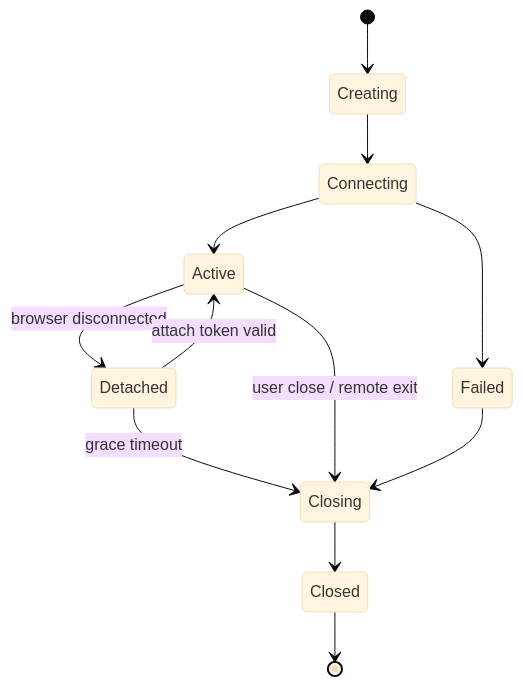
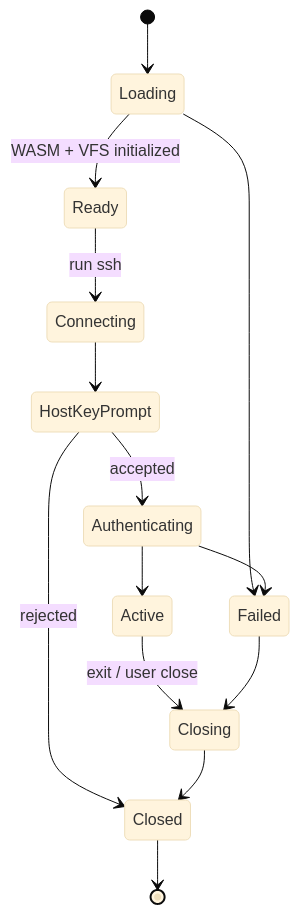
One commit to tianrking/oh_myssh changed the second of 2 diagrams in docs/ARCHITECTURE_AND_ROADMAP.md. Above: the diagram before and after it, drawn with Mermaid (base theme). The commit also changed other lines of this file and 2 other files, not shown here.

Commit message:
docs: correct architecture to pure frontend

````diff
--- a/docs/ARCHITECTURE_AND_ROADMAP.md
+++ b/docs/ARCHITECTURE_AND_ROADMAP.md
@@ -226,14 +278,16 @@
 ```mermaid
 stateDiagram-v2
-  [*] --> Creating
-  Creating --> Connecting
-  Connecting --> Active
-  Connecting --> Failed
-  Active --> Detached: browser disconnected
-  Detached --> Active: attach token valid
-  Detached --> Closing: grace timeout
-  Active --> Closing: user close / remote exit
+  [*] --> Loading
+  Loading --> Ready: WASM + VFS initialized
+  Loading --> Failed
+  Ready --> Connecting: run ssh
+  Connecting --> HostKeyPrompt
+  HostKeyPrompt --> Authenticating: accepted
+  HostKeyPrompt --> Closed: rejected
+  Authenticating --> Active
+  Authenticating --> Failed
+  Active --> Closing: exit / user close
   Failed --> Closing
   Closing --> Closed
   Closed --> [*]
 ```
````
